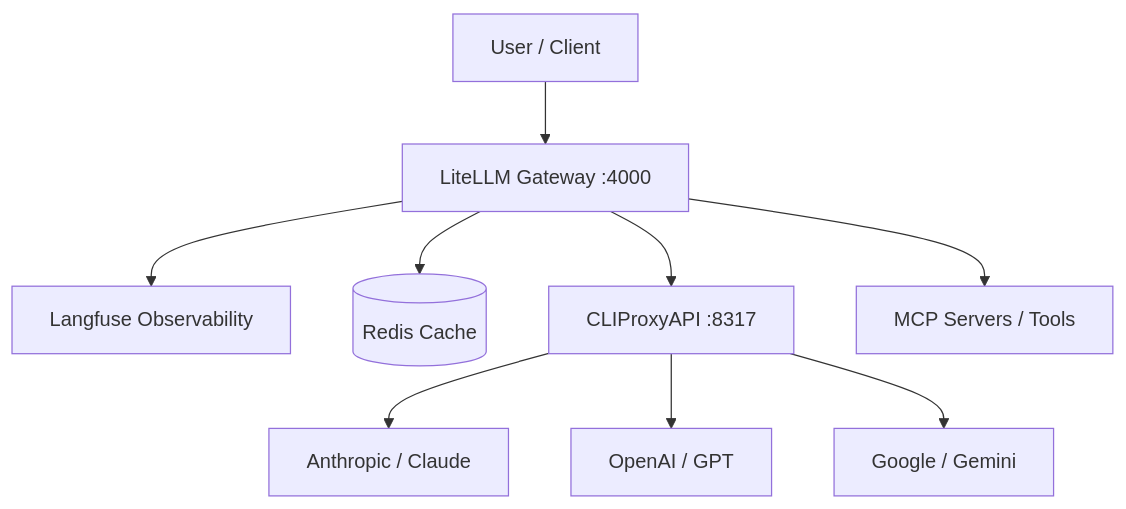
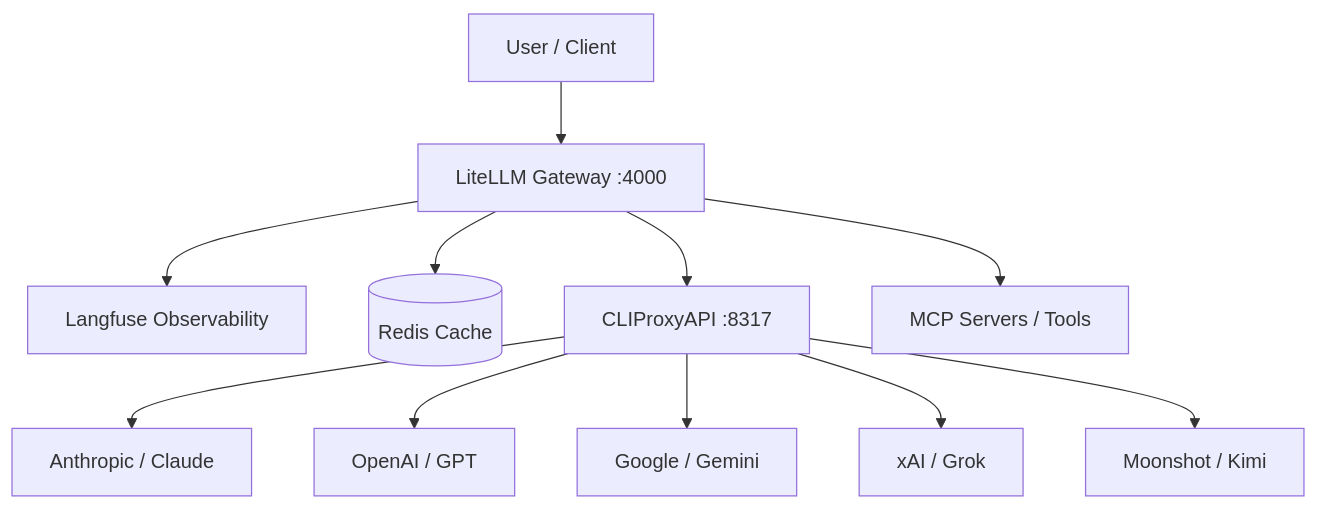
Before and after one commit to echoares-lab/ai-gateway: the diagram in README.md, drawn with Mermaid. The commit also changed other lines of this file and 3 other files, not shown here.

First line of the commit message:
Add Grok (xAI) and Kimi (Moonshot) provider support

````diff
--- a/README.md
+++ b/README.md
@@ -46,11 +46,13 @@
 ```mermaid
 graph TD
     User[User / Client] --> LiteLLM[LiteLLM Gateway :4000]
     LiteLLM --> Langfuse[Langfuse Observability]
     LiteLLM --> Cache[(Redis Cache)]
     LiteLLM --> CLIProxy[CLIProxyAPI :8317]
     CLIProxy --> Anthropic[Anthropic / Claude]
     CLIProxy --> OpenAI[OpenAI / GPT]
     CLIProxy --> Google[Google / Gemini]
+    CLIProxy --> xAI[xAI / Grok]
+    CLIProxy --> Kimi[Moonshot / Kimi]
     LiteLLM --> MCP[MCP Servers / Tools]
 ```
````
